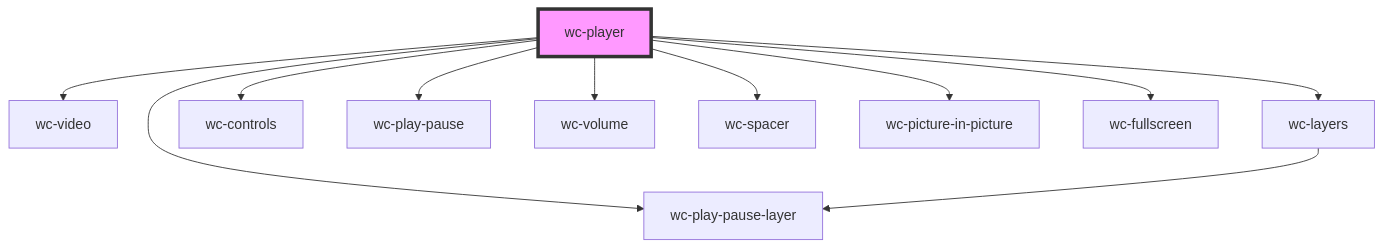
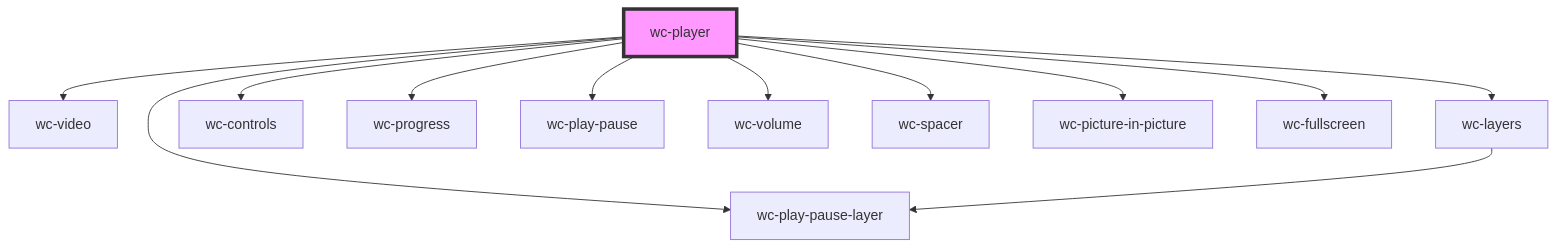
The diagram in packages/wcplayer-components/src/components/wc-player/readme.md (iChengbo/wcplayer), drawn with Mermaid before and after one commit. The commit also changed other lines of this file and 11 other files, not shown here.

````diff
--- a/packages/wcplayer-components/src/components/wc-player/readme.md
+++ b/packages/wcplayer-components/src/components/wc-player/readme.md
@@ -46,14 +47,15 @@
 ```mermaid
 graph TD;
   wc-player --> wc-video
   wc-player --> wc-layers
   wc-player --> wc-play-pause-layer
   wc-player --> wc-controls
+  wc-player --> wc-progress
   wc-player --> wc-play-pause
   wc-player --> wc-volume
   wc-player --> wc-spacer
   wc-player --> wc-picture-in-picture
   wc-player --> wc-fullscreen
   wc-layers --> wc-play-pause-layer
   style wc-player fill:#f9f,stroke:#333,stroke-width:4px
 ```
````
